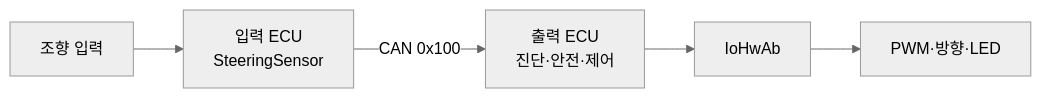
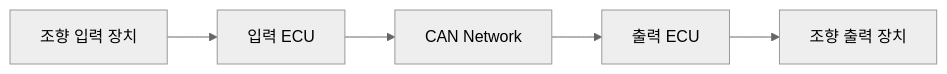
The second of 3 diagrams in workproducts/02_Concept_design.md (kwangil1245-code/ISO-26262-sbw), drawn with Mermaid (neutral theme) before and after one commit. The commit also changed other lines of this file, not shown here.

````diff
--- a/workproducts/02_Concept_design.md
+++ b/workproducts/02_Concept_design.md
@@ -20,7 +50,7 @@
 ```mermaid
 flowchart LR
-    A["조향 입력"] --> B["입력 ECU<br>SteeringSensor"]
-    B -->|"CAN 0x100"| C["출력 ECU<br>진단·안전·제어"]
-    C --> D["IoHwAb"]
-    D --> E["PWM·방향·LED"]
+    A["조향 입력 장치"] --> B["입력 ECU"]
+    B --> C["CAN Network"]
+    C --> D["출력 ECU"]
+    D --> E["조향 출력 장치"]
 ```
````
